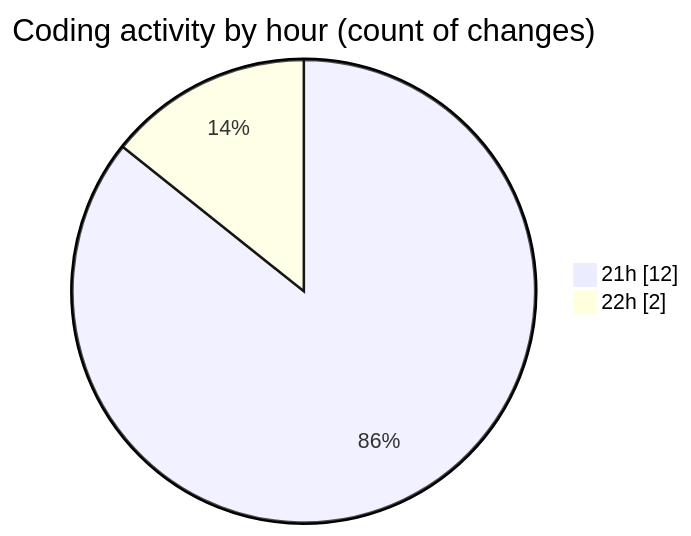
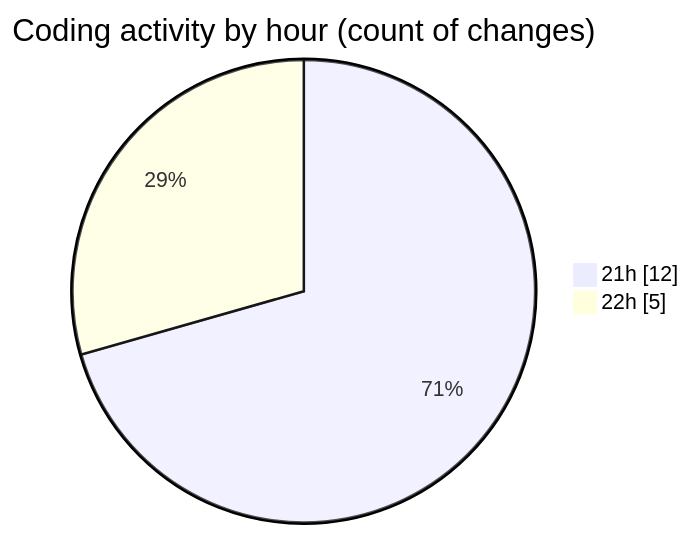
One commit to Elitesun/code-tracking changed the second of 2 diagrams in 2025-03-08/elitesgpt/README.md. Above: the diagram before and after it, drawn with Mermaid. The commit also changed other lines of this file and 1 other file, not shown here.

````diff
--- a/2025-03-08/elitesgpt/README.md
+++ b/2025-03-08/elitesgpt/README.md
@@ -28,6 +28,6 @@
 ```mermaid
 pie showData
 title Coding activity by hour (count of changes)
 "21h" : 12
-"22h" : 2
+"22h" : 5
 ```
````
